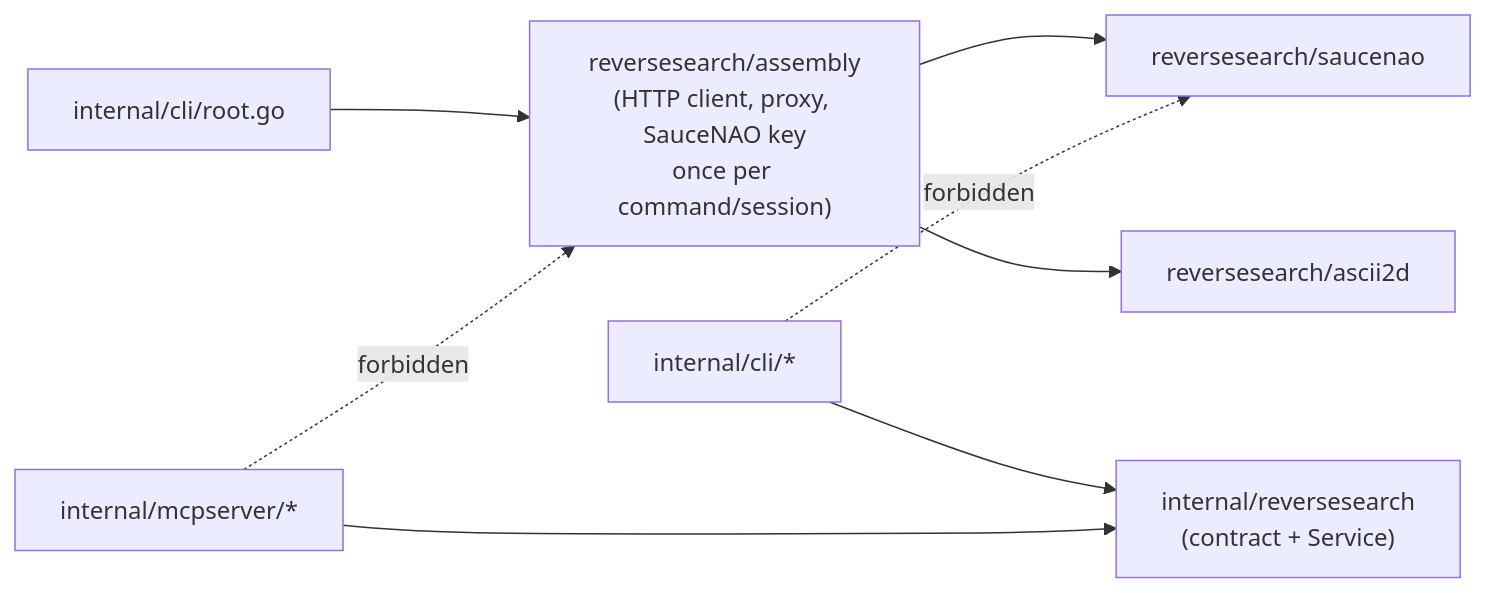
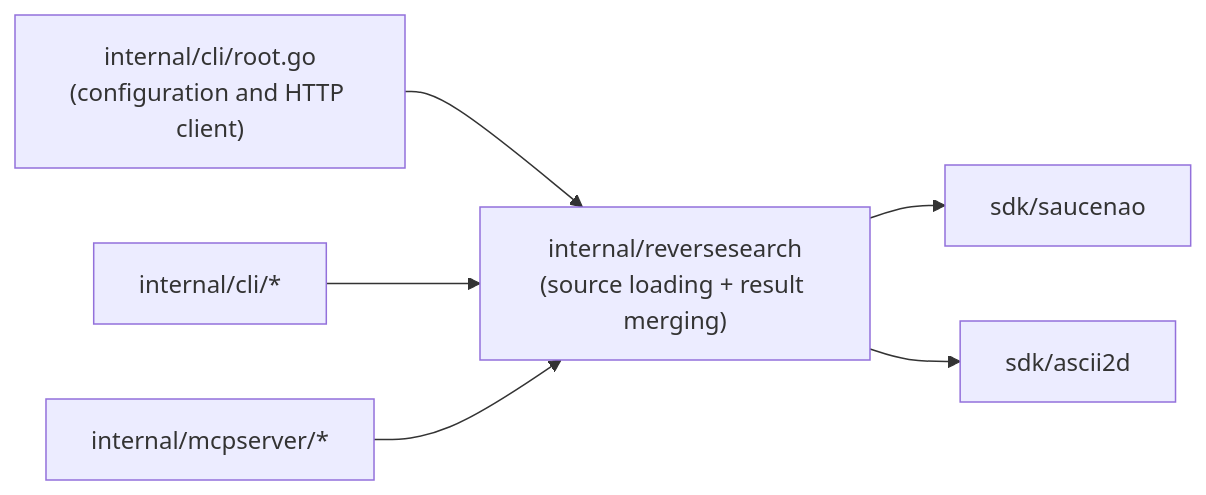
One commit to FlanChanXwO/pixiv-cli changed the third of 5 diagrams in docs/en/maintainers/architecture.md. Above: the diagram before and after it, drawn with Mermaid. The commit also changed other lines of this file and 13 other files, not shown here.

````diff
--- a/docs/en/maintainers/architecture.md
+++ b/docs/en/maintainers/architecture.md
@@ -193,10 +192,8 @@
 ```mermaid
 flowchart LR
-    COMP["internal/cli/root.go"] --> ASM["reversesearch/assembly<br/>(HTTP client, proxy, SauceNAO key<br/>once per command/session)"]
-    ASM --> SN["reversesearch/saucenao"]
-    ASM --> A2["reversesearch/ascii2d"]
-    CMDS["internal/cli/*"] --> TOP["internal/reversesearch<br/>(contract + Service)"]
+    COMP["internal/cli/root.go<br/>(configuration and HTTP client)"] --> TOP["internal/reversesearch<br/>(source loading + result merging)"]
+    CMDS["internal/cli/*"] --> TOP
     MCPS["internal/mcpserver/*"] --> TOP
-    CMDS -.->|forbidden| SN
-    MCPS -.->|forbidden| ASM
+    TOP --> SN["sdk/saucenao"]
+    TOP --> A2["sdk/ascii2d"]
 ```
````
